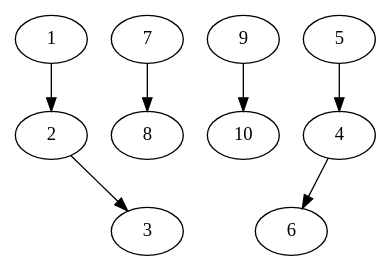
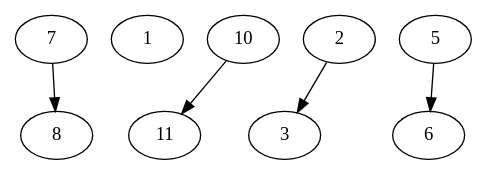
Before and after one commit to mnhafid/msproject-imitation: the diagram in fp.gv, drawn with Graphviz. The commit also changed 6 other files, not shown here.

```diff
--- a/fp.gv
+++ b/fp.gv
@@ -1,36 +1,30 @@
 strict digraph {
 
-
-	"3" [  weight=0 ];
-
-	"8" [  weight=0 ];
 
 	"7" [  weight=0 ];
 
 	"7" -> "8" [  weight=0 ];
 
-	"9" [  weight=0 ];
-
-	"9" -> "10" [  weight=0 ];
-
 	"1" [  weight=0 ];
 
-	"1" -> "2" [  weight=0 ];
+	"8" [  weight=0 ];
 
-	"4" [  weight=0 ];
-
-	"4" -> "6" [  weight=0 ];
-
-	"10" [  weight=0 ];
+	"11" [  weight=0 ];
 
 	"2" [  weight=0 ];
 
 	"2" -> "3" [  weight=0 ];
 
-	"5" [  weight=0 ];
-
-	"5" -> "4" [  weight=0 ];
+	"3" [  weight=0 ];
 
 	"6" [  weight=0 ];
 
+	"5" [  weight=0 ];
+
+	"5" -> "6" [  weight=0 ];
+
+	"10" [  weight=0 ];
+
+	"10" -> "11" [  weight=0 ];
+
 }
```
